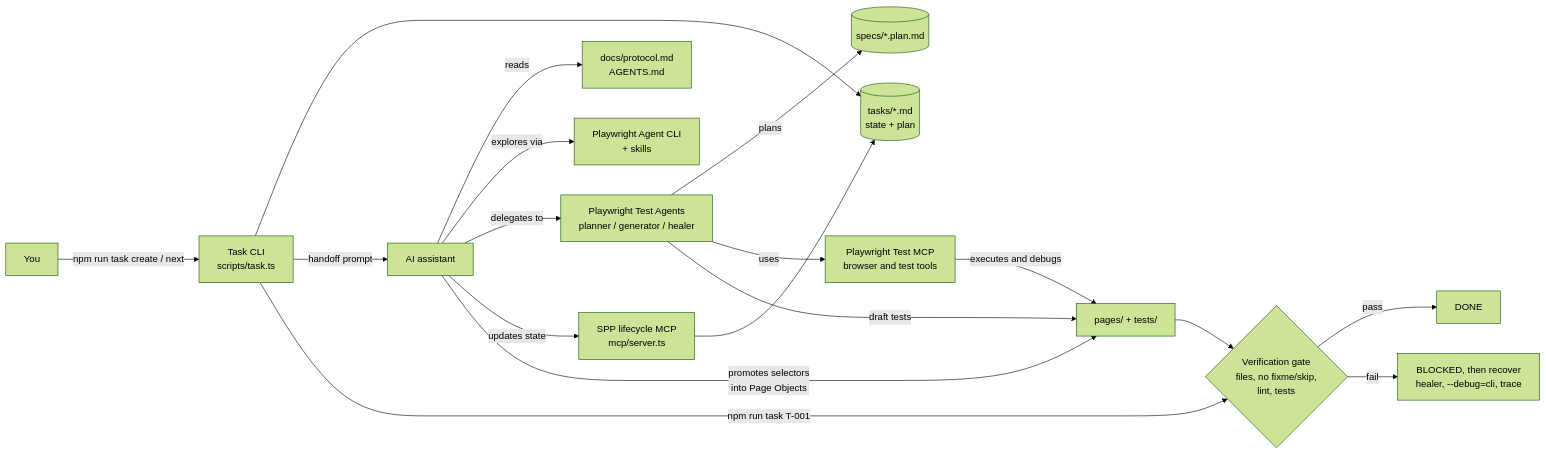
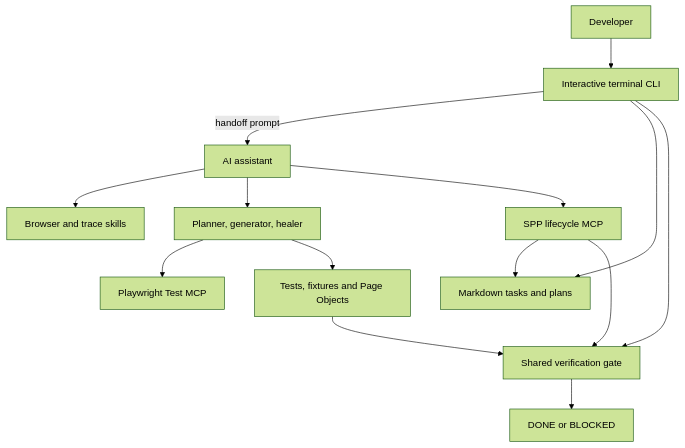
One commit to yashwant-das/ai-ts-playwright-protocol changed the diagram in README.md. Above: the diagram before and after it, drawn with Mermaid (forest theme). The commit also changed other lines of this file and 4 other files, not shown here.

Commit message:
docs: streamline guides and showcase interactive terminal workflow

````diff
--- a/README.md
+++ b/README.md
@@ -61,20 +49,16 @@
 ```mermaid
-flowchart LR
-    Dev[You] -->|npm run task create / next| CLI[Task CLI<br/>scripts/task.ts]
-    CLI --> Tasks[(tasks/*.md<br/>state + plan)]
+flowchart TB
+    Dev[Developer] --> CLI[Interactive terminal CLI]
     CLI -->|handoff prompt| AI[AI assistant]
-    AI -->|reads| Protocol[docs/protocol.md<br/>AGENTS.md]
-    AI -->|explores via| PWCLI[Playwright Agent CLI<br/>+ skills]
-    AI -->|delegates to| Agents[Playwright Test Agents<br/>planner / generator / healer]
-    Agents -->|plans| Specs[(specs/*.plan.md)]
-    Agents -->|uses| TestMCP[Playwright Test MCP<br/>browser and test tools]
-    TestMCP -->|executes and debugs| Code
-    AI -->|updates state| SPPMCP[SPP lifecycle MCP<br/>mcp/server.ts]
+    AI --> Skills[Browser and trace skills]
+    AI --> Agents[Planner, generator, healer]
+    Agents --> PWMCP[Playwright Test MCP]
+    Agents --> Code[Tests, fixtures and Page Objects]
+    AI --> SPPMCP[SPP lifecycle MCP]
+    CLI --> Tasks[Markdown tasks and plans]
     SPPMCP --> Tasks
-    Agents -->|draft tests| Code[pages/ + tests/]
-    AI -->|promotes selectors<br/>into Page Objects| Code
-    CLI -->|npm run task T-001| Gate{Verification gate<br/>files, no fixme/skip,<br/>lint, tests}
+    CLI --> Gate[Shared verification gate]
+    SPPMCP --> Gate
     Code --> Gate
-    Gate -->|pass| Done[DONE]
-    Gate -->|fail| Blocked[BLOCKED, then recover<br/>healer, --debug=cli, trace]
+    Gate --> Result[DONE or BLOCKED]
 ```
````
